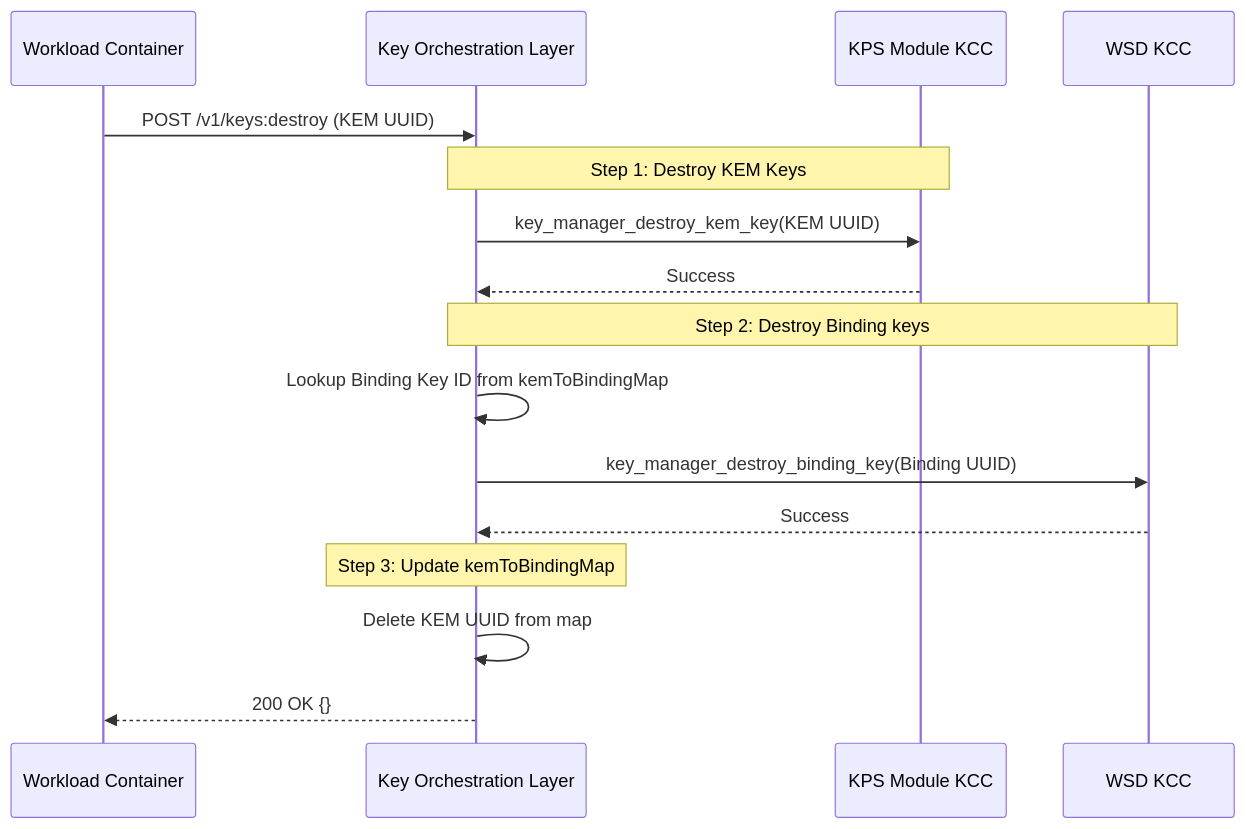
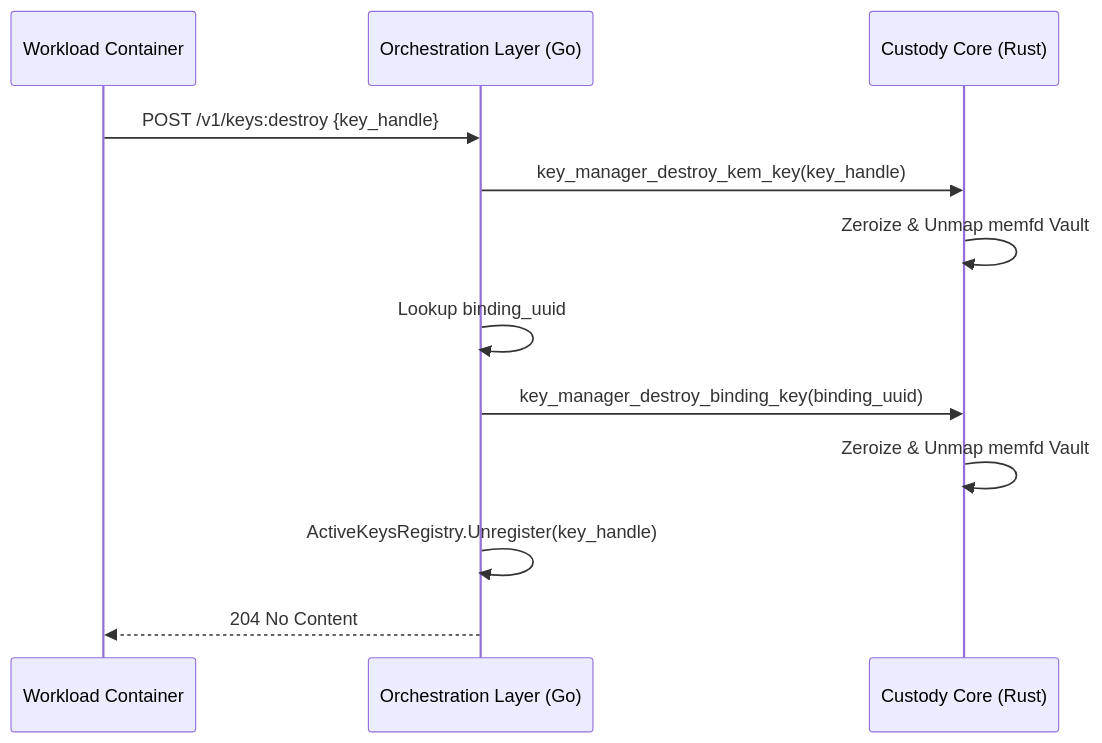
The fifth of 5 diagrams in keymanager/README.md (google/go-tpm-tools), drawn with Mermaid before and after one commit. The commit also changed other lines of this file, not shown here.

````diff
--- a/keymanager/README.md
+++ b/keymanager/README.md
@@ -157,23 +154,18 @@
 ```mermaid
 sequenceDiagram
-    participant WC as Workload Container
-    participant KOL as Key Orchestration Layer
-    participant KPS_KCC as KPS Module KCC
-    participant WSD_KCC as WSD KCC
-
-    WC->>KOL: POST /v1/keys:destroy (KEM UUID)
-
-    Note over KOL, KPS_KCC: Step 1: Destroy KEM Keys
-    KOL->>KPS_KCC: key_manager_destroy_kem_key(KEM UUID)
-    KPS_KCC-->>KOL: Success
-
-    Note over KOL, WSD_KCC: Step 2: Destroy Binding keys
-    KOL->>KOL: Lookup Binding Key ID from kemToBindingMap
-    KOL->>WSD_KCC: key_manager_destroy_binding_key(Binding UUID)
-    WSD_KCC-->>KOL: Success
-
-    Note over KOL: Step 3: Update kemToBindingMap
-    KOL->>KOL: Delete KEM UUID from map
+    participant W as Workload Container
+    participant KOL as Orchestration Layer (Go)
+    participant KCC as Custody Core (Rust)
     
-    KOL-->>WC: 200 OK {}
+    W->>KOL: POST /v1/keys:destroy {key_handle}
+    
+    KOL->>KCC: key_manager_destroy_kem_key(key_handle)
+    KCC->>KCC: Zeroize & Unmap memfd Vault
+    
+    KOL->>KOL: Lookup binding_uuid
+    KOL->>KCC: key_manager_destroy_binding_key(binding_uuid)
+    KCC->>KCC: Zeroize & Unmap memfd Vault
+    
+    KOL->>KOL: ActiveKeysRegistry.Unregister(key_handle)
+    KOL-->>W: 204 No Content
 ```
````
